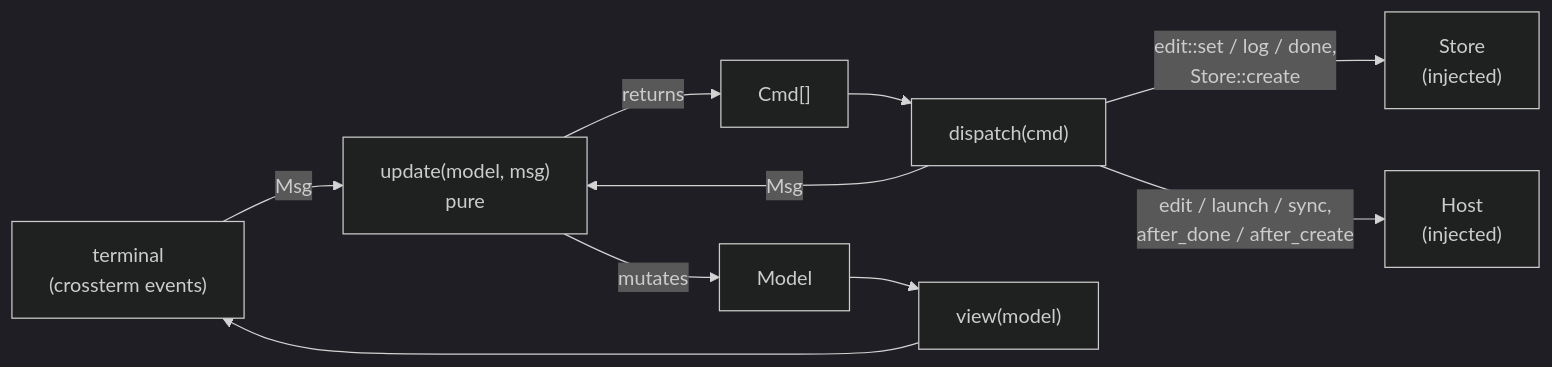
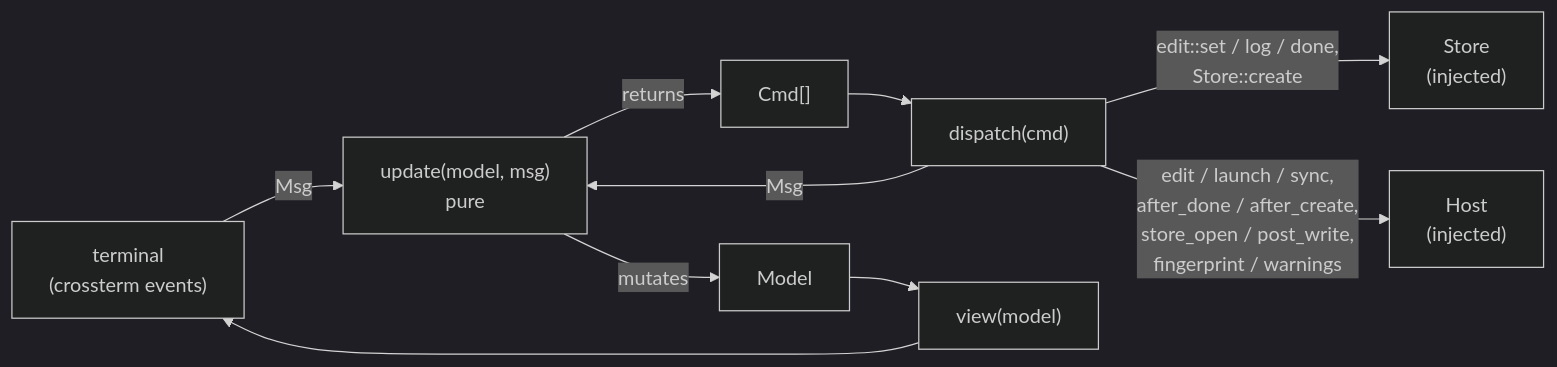
One commit to pauc/tasq changed the fifth of 7 diagrams in docs/architecture.md. Above: the diagram before and after it, drawn with Mermaid (dark theme). The commit also changed other lines of this file and 8 other files, not shown here.

Commit message:
docs(plugins): describe enabled plugins, events, lasting warnings and the store lock (PE-007)

````diff
--- a/docs/architecture.md
+++ b/docs/architecture.md
@@ -269,12 +271,12 @@
 ```mermaid
 flowchart LR
     term["terminal<br/>(crossterm events)"] -->|Msg| update["update(model, msg)<br/>pure"]
     update -->|mutates| model["Model"]
     update -->|returns| cmds["Cmd[]"]
     cmds --> dispatch["dispatch(cmd)"]
     dispatch -->|"edit::set / log / done,<br/>Store::create"| store["Store<br/>(injected)"]
-    dispatch -->|"edit / launch / sync,<br/>after_done / after_create"| host["Host<br/>(injected)"]
+    dispatch -->|"edit / launch / sync,<br/>after_done / after_create,<br/>store_open / post_write,<br/>fingerprint / warnings"| host["Host<br/>(injected)"]
     dispatch -->|Msg| update
     model --> view["view(model)"]
     view --> term
 ```
````
